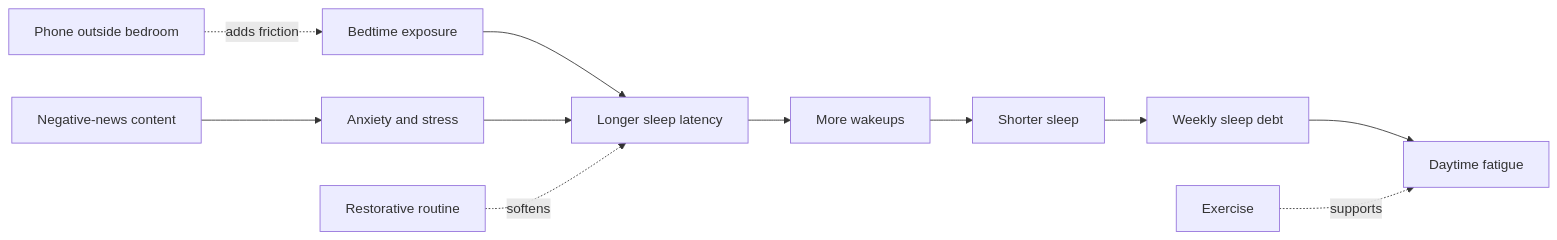
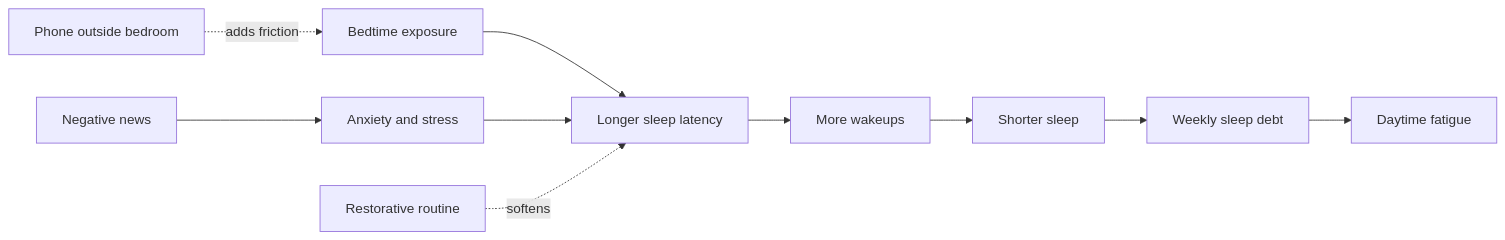
The first of 2 diagrams in README.md (SaiGrover/night-signals-doomscrolling-analysis), drawn with Mermaid before and after one commit. The commit also changed other lines of this file and 40 other files, not shown here.

````diff
--- a/README.md
+++ b/README.md
@@ -20,13 +18,12 @@
 ```mermaid
 flowchart LR
     A["Bedtime exposure"] --> B["Longer sleep latency"]
     B --> C["More wakeups"]
     C --> D["Shorter sleep"]
     D --> E["Weekly sleep debt"]
     E --> F["Daytime fatigue"]
-    G["Negative-news content"] --> H["Anxiety and stress"]
+    G["Negative news"] --> H["Anxiety and stress"]
     H --> B
     I["Restorative routine"] -. "softens" .-> B
     J["Phone outside bedroom"] -. "adds friction" .-> A
-    K["Exercise"] -. "supports" .-> F
 ```
````
